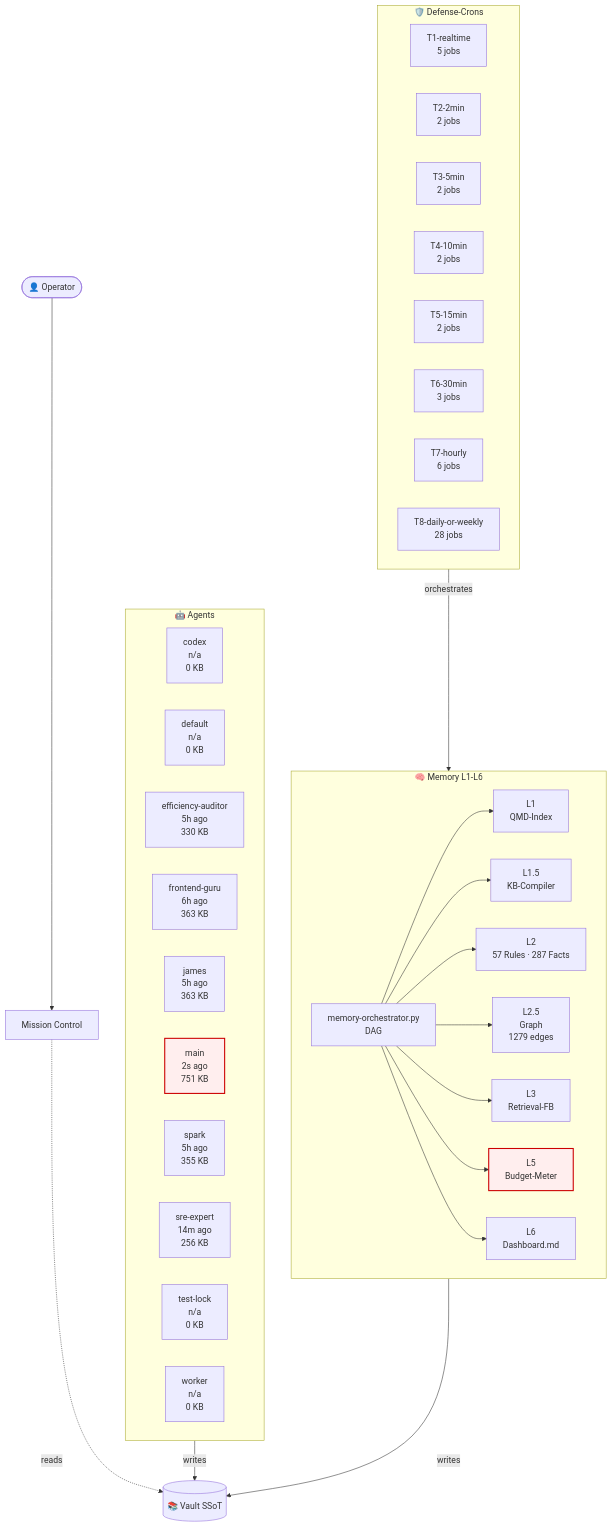
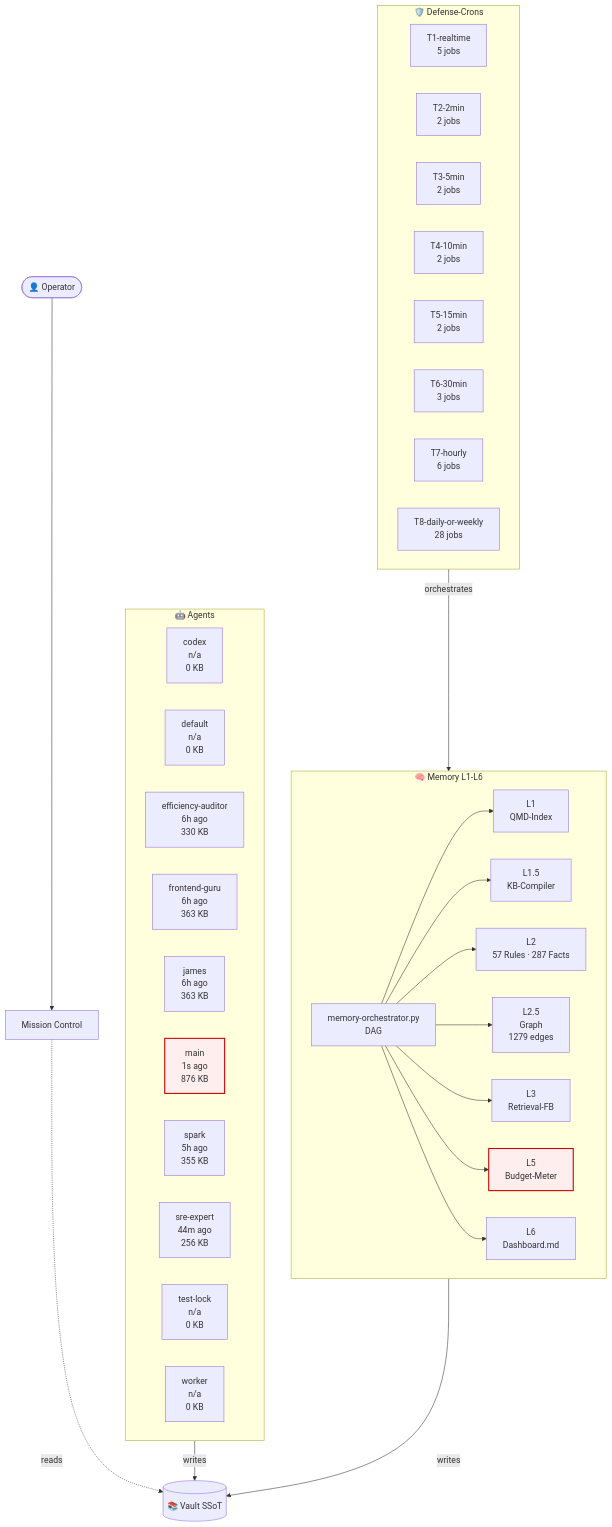
One commit to lenardhuebner88-rgb/openclaw-memory changed the diagram in 03-Agents/architecture-live.md. Above: the diagram before and after it, drawn with Mermaid. The commit also changed other lines of this file and 13 other files, not shown here.

````diff
--- a/03-Agents/architecture-live.md
+++ b/03-Agents/architecture-live.md
@@ -18,53 +18,53 @@
 ```mermaid
 flowchart TB
     classDef critical fill:#fee,stroke:#c00,stroke-width:2px;
     subgraph AGT["🤖 Agents"]
         agent_codex["codex<br/>n/a<br/>0 KB"]
         agent_default["default<br/>n/a<br/>0 KB"]
-        agent_efficiency_auditor["efficiency-auditor<br/>5h ago<br/>330 KB"]
+        agent_efficiency_auditor["efficiency-auditor<br/>6h ago<br/>330 KB"]
         agent_frontend_guru["frontend-guru<br/>6h ago<br/>363 KB"]
-        agent_james["james<br/>5h ago<br/>363 KB"]
-        agent_main["main<br/>2s ago<br/>751 KB"]
+        agent_james["james<br/>6h ago<br/>363 KB"]
+        agent_main["main<br/>1s ago<br/>876 KB"]
         agent_spark["spark<br/>5h ago<br/>355 KB"]
-        agent_sre_expert["sre-expert<br/>14m ago<br/>256 KB"]
+        agent_sre_expert["sre-expert<br/>44m ago<br/>256 KB"]
         agent_test_lock["test-lock<br/>n/a<br/>0 KB"]
         agent_worker["worker<br/>n/a<br/>0 KB"]
     end
     subgraph MEM["🧠 Memory L1-L6"]
         L1["L1<br/>QMD-Index"]
         L15["L1.5<br/>KB-Compiler"]
         L2["L2<br/>57 Rules · 287 Facts"]
         L25["L2.5<br/>Graph<br/>1279 edges"]
         L3["L3<br/>Retrieval-FB"]
         L5["L5<br/>Budget-Meter"]
         L6["L6<br/>Dashboard.md"]
         ORCH["memory-orchestrator.py<br/>DAG"]
     end
     subgraph CRN["🛡️ Defense-Crons"]
         tier_T1_realtime["T1-realtime<br/>5 jobs"]
         tier_T2_2min["T2-2min<br/>2 jobs"]
         tier_T3_5min["T3-5min<br/>2 jobs"]
         tier_T4_10min["T4-10min<br/>2 jobs"]
         tier_T5_15min["T5-15min<br/>2 jobs"]
         tier_T6_30min["T6-30min<br/>3 jobs"]
         tier_T7_hourly["T7-hourly<br/>6 jobs"]
         tier_T8_daily_or_weekly["T8-daily-or-weekly<br/>28 jobs"]
     end
     VAULT[("📚 Vault SSoT")]
     OP([👤 Operator])
     MC["Mission Control"]
     OP --> MC
     MC -.reads.-> VAULT
     AGT -->|writes| VAULT
     MEM -->|writes| VAULT
     ORCH --> L1
     ORCH --> L15
     ORCH --> L2
     ORCH --> L25
     ORCH --> L3
     ORCH --> L5
     ORCH --> L6
     CRN -->|orchestrates| MEM
     class L5 critical
     class agent_main critical
 ```
````
